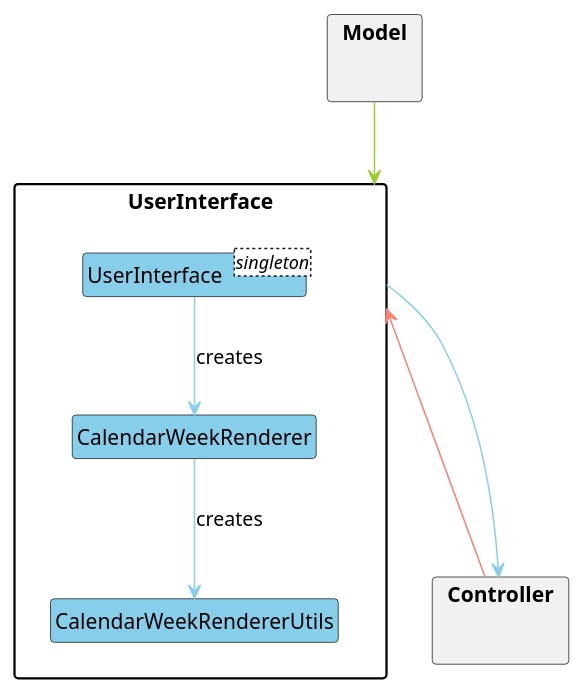
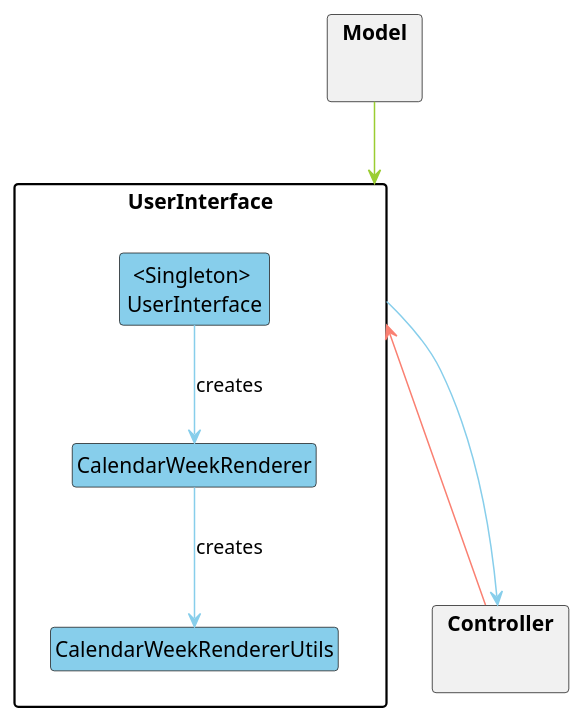
The diagram in docs/plantuml/UserInterfaceComponent.puml (untitle4/tp), drawn with PlantUML before and after one commit.

```diff
--- a/docs/plantuml/UserInterfaceComponent.puml
+++ b/docs/plantuml/UserInterfaceComponent.puml
@@ -1,32 +1,32 @@
 @startuml
 skinparam Shadowing false
 skinparam MinClassWidth 100
 skinparam classBackgroundColor #SkyBlue
 skinparam packageStyle rectangle
 hide circle
 hide members
 
 package UserInterface {
-    class UserInterface <singleton>
+    class "<Singleton> \nUserInterface"
     class CalendarWeekRenderer
     class CalendarWeekRendererUtils
 
-    UserInterface -[#SkyBlue]-> CalendarWeekRenderer : creates
+    "<Singleton> \nUserInterface" -[#SkyBlue]-> CalendarWeekRenderer : creates
     CalendarWeekRenderer -[#SkyBlue][dotted]-> CalendarWeekRendererUtils : creates
 }
 
 package Model {
 
 }
 
 package Controller {
 
 }
 
 Model -[#YellowGreen]-> UserInterface
 UserInterface -[#SkyBlue]--> Controller
 Controller -[#Salmon]-> UserInterface
 
 
 
 @enduml
```
